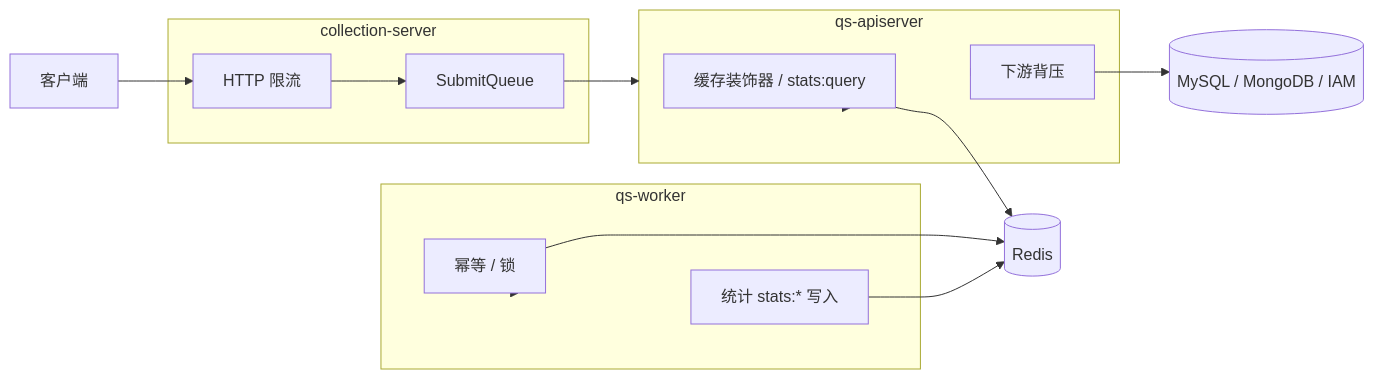
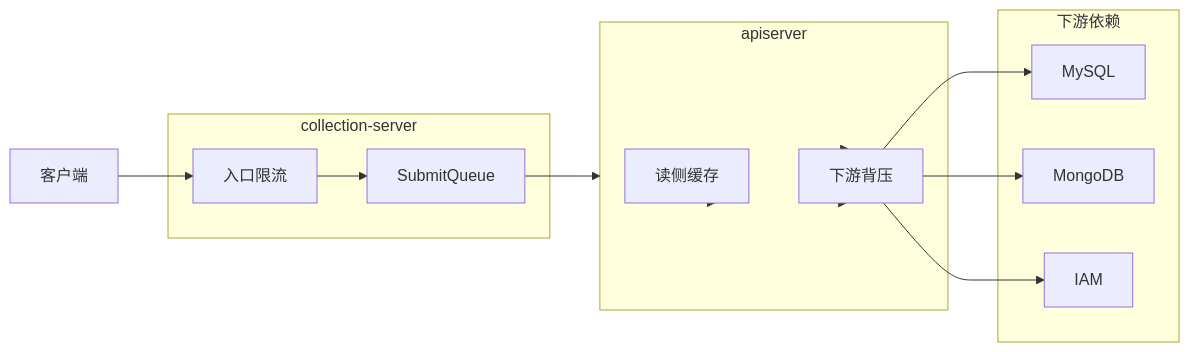
The diagram in docs/03-基础设施/03-缓存与限流.md (FangcunMount/qs-server), drawn with Mermaid before and after one commit. The commit also changed other lines of this file and 19 other files, not shown here.

````diff
--- a/docs/03-基础设施/03-缓存与限流.md
+++ b/docs/03-基础设施/03-缓存与限流.md
@@ -30,28 +44,26 @@
 ```mermaid
 flowchart LR
-    Client[客户端]
+    Client["客户端"]
 
-    subgraph Collection[collection-server]
-        RL[HTTP 限流]
-        Q[SubmitQueue]
+    subgraph Collection["collection-server"]
+        RL["入口限流"]
+        SQ["SubmitQueue"]
     end
 
-    subgraph API[qs-apiserver]
-        Cache[缓存装饰器 / stats:query]
-        BP[下游背压]
+    subgraph API["apiserver"]
+        Cache["读侧缓存"]
+        BP["下游背压"]
     end
 
-    subgraph Worker[qs-worker]
-        Idem[幂等 / 锁]
-        Stats[统计 stats:* 写入]
+    subgraph Store["下游依赖"]
+        MySQL["MySQL"]
+        Mongo["MongoDB"]
+        IAM["IAM"]
     end
 
-    Redis[(Redis)]
-    Store[(MySQL / MongoDB / IAM)]
-
-    Client --> RL --> Q --> API
-    API --> Cache --> Redis
-    API --> BP --> Store
-    Worker --> Idem --> Redis
-    Worker --> Stats --> Redis
+    Client --> RL --> SQ --> API
+    API --> Cache
+    API --> BP --> MySQL
+    API --> BP --> Mongo
+    API --> BP --> IAM
 ```
````
